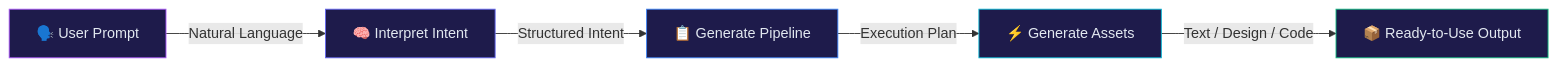
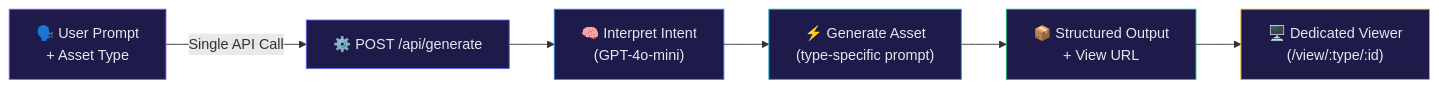
One commit to nitinog10/Campus-Os changed the first of 6 diagrams in README.md. Above: the diagram before and after it, drawn with Mermaid. The commit also changed other lines of this file, not shown here.

````diff
--- a/README.md
+++ b/README.md
@@ -69,13 +75,15 @@
 ```mermaid
 flowchart LR
-    A["🗣️ User Prompt"] -->|Natural Language| B["🧠 Interpret Intent"]
-    B -->|Structured Intent| C["📋 Generate Pipeline"]
-    C -->|Execution Plan| D["⚡ Generate Assets"]
-    D -->|Text / Design / Code| E["📦 Ready-to-Use Output"]
+    A["🗣️ User Prompt\n+ Asset Type"] -->|Single API Call| B["⚙️ POST /api/generate"]
+    B --> C["🧠 Interpret Intent\n(GPT-4o-mini)"]
+    C --> D["⚡ Generate Asset\n(type-specific prompt)"]
+    D --> E["📦 Structured Output\n+ View URL"]
+    E --> F["🖥️ Dedicated Viewer\n(/view/:type/:id)"]
 
     style A fill:#1e1b4b,stroke:#a855f7,color:#e2e8f0
     style B fill:#1e1b4b,stroke:#6366f1,color:#e2e8f0
     style C fill:#1e1b4b,stroke:#3b82f6,color:#e2e8f0
     style D fill:#1e1b4b,stroke:#06b6d4,color:#e2e8f0
     style E fill:#1e1b4b,stroke:#10b981,color:#e2e8f0
+    style F fill:#1e1b4b,stroke:#f59e0b,color:#e2e8f0
 ```
````
